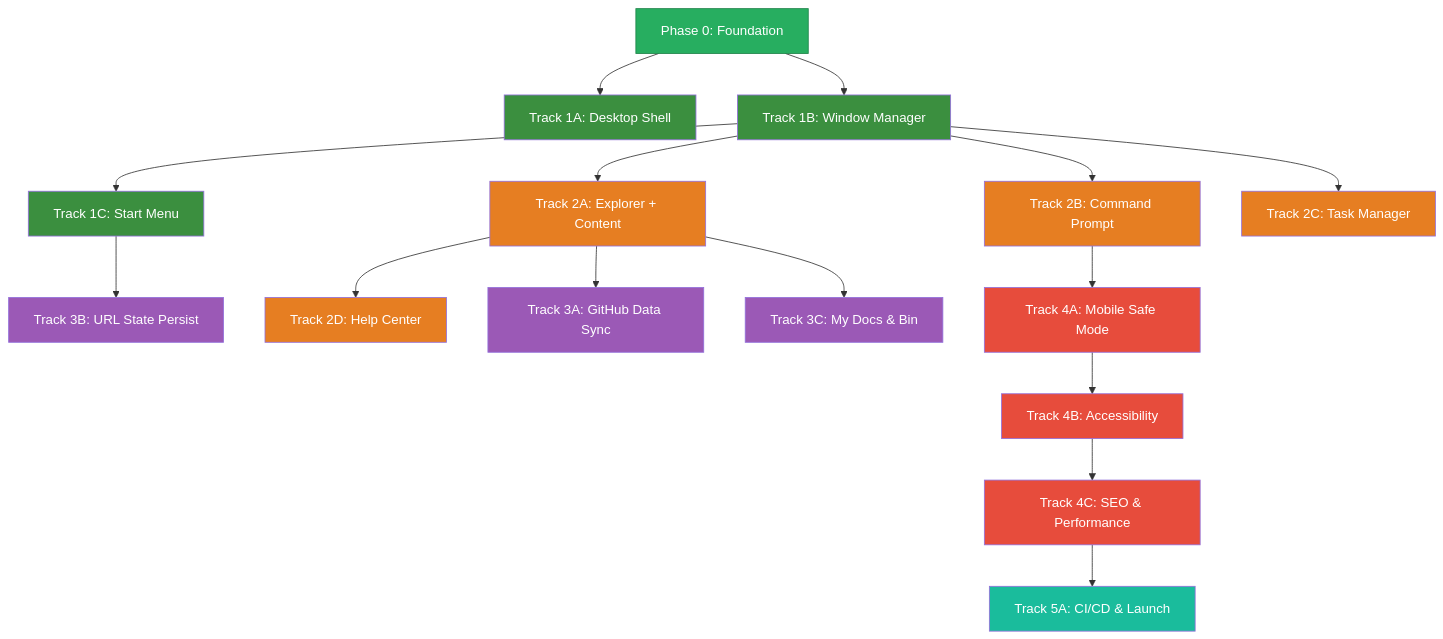
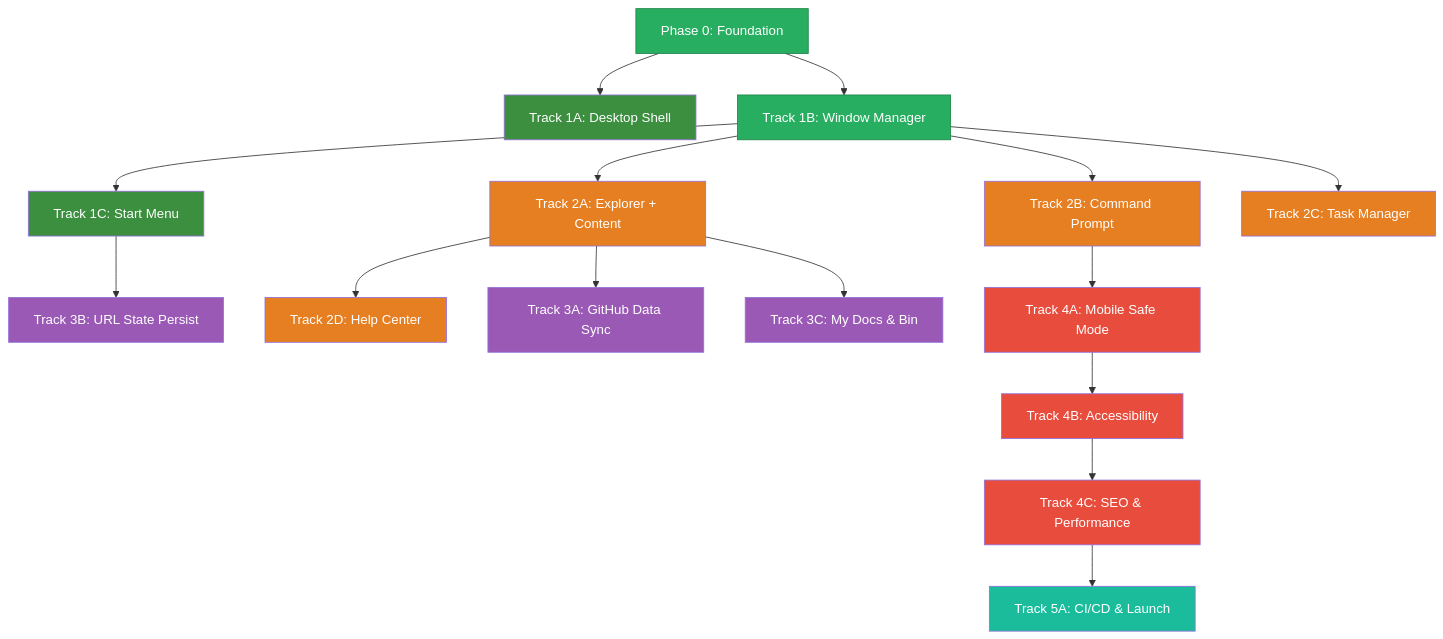
The second of 2 diagrams in docs/ROADMAP.md (mansyar/portfolio-v3), drawn with Mermaid before and after one commit. The commit also changed other lines of this file, not shown here.

Commit message:
docs: Update ROADMAP with completed Track 1B — Window Manager

````diff
--- a/docs/ROADMAP.md
+++ b/docs/ROADMAP.md
@@ -546,33 +569,33 @@
 ```mermaid
 graph TD
     P0[Phase 0: Foundation] --> T1A[Track 1A: Desktop Shell]
     P0 --> T1B[Track 1B: Window Manager]
     T1B --> T1C[Track 1C: Start Menu]
     T1B --> T2A[Track 2A: Explorer + Content]
     T1B --> T2B[Track 2B: Command Prompt]
     T1B --> T2C[Track 2C: Task Manager]
     T2A --> T2D[Track 2D: Help Center]
     T2A --> T3A[Track 3A: GitHub Data Sync]
     T1C --> T3B[Track 3B: URL State Persist]
     T2A --> T3C[Track 3C: My Docs & Bin]
     T2B --> T4A[Track 4A: Mobile Safe Mode]
     T4A --> T4B[Track 4B: Accessibility]
     T4B --> T4C[Track 4C: SEO & Performance]
     T4C --> T5A[Track 5A: CI/CD & Launch]
 
     style P0 fill:#27ae60,color:#fff,stroke:#1e8449
     style T1A fill:#3b8f3f,color:#fff
-    style T1B fill:#3b8f3f,color:#fff
+    style T1B fill:#27ae60,color:#fff,stroke:#1e8449
     style T1C fill:#3b8f3f,color:#fff
     style T2A fill:#e67e22,color:#fff
     style T2B fill:#e67e22,color:#fff
     style T2C fill:#e67e22,color:#fff
     style T2D fill:#e67e22,color:#fff
     style T3A fill:#9b59b6,color:#fff
     style T3B fill:#9b59b6,color:#fff
     style T3C fill:#9b59b6,color:#fff
     style T4A fill:#e74c3c,color:#fff
     style T4B fill:#e74c3c,color:#fff
     style T4C fill:#e74c3c,color:#fff
     style T5A fill:#1abc9c,color:#fff
 ```
````
